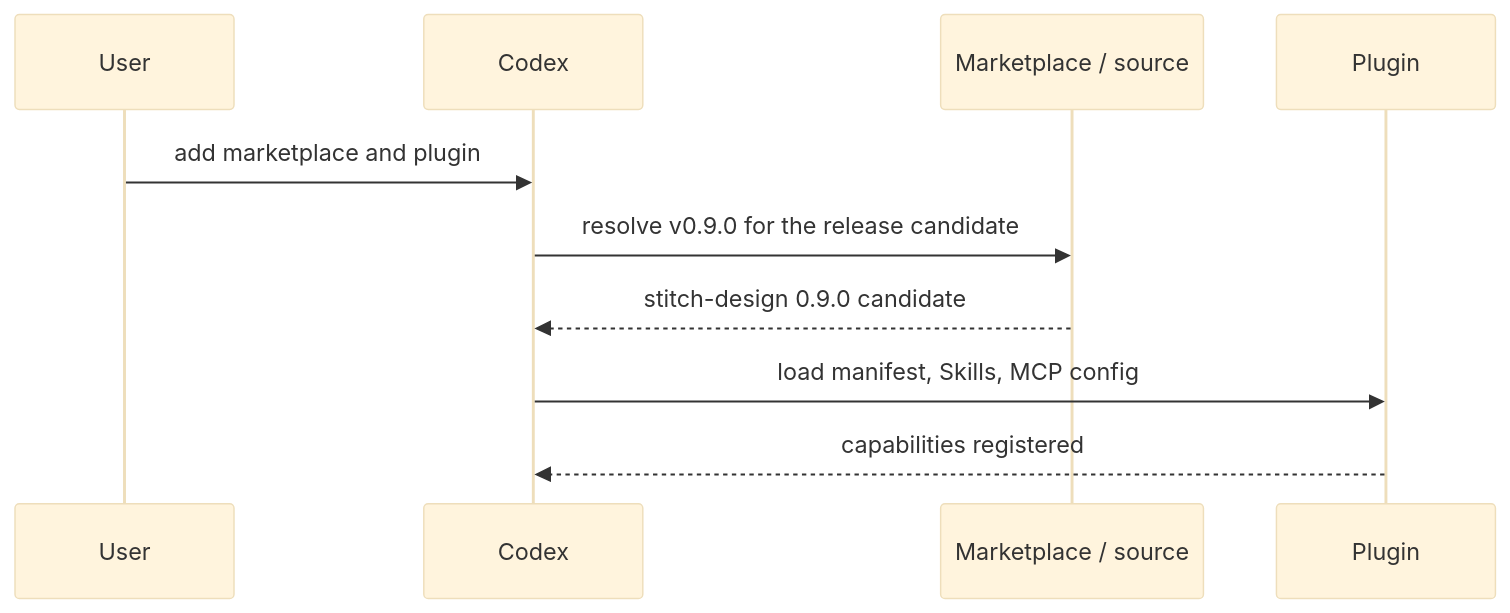
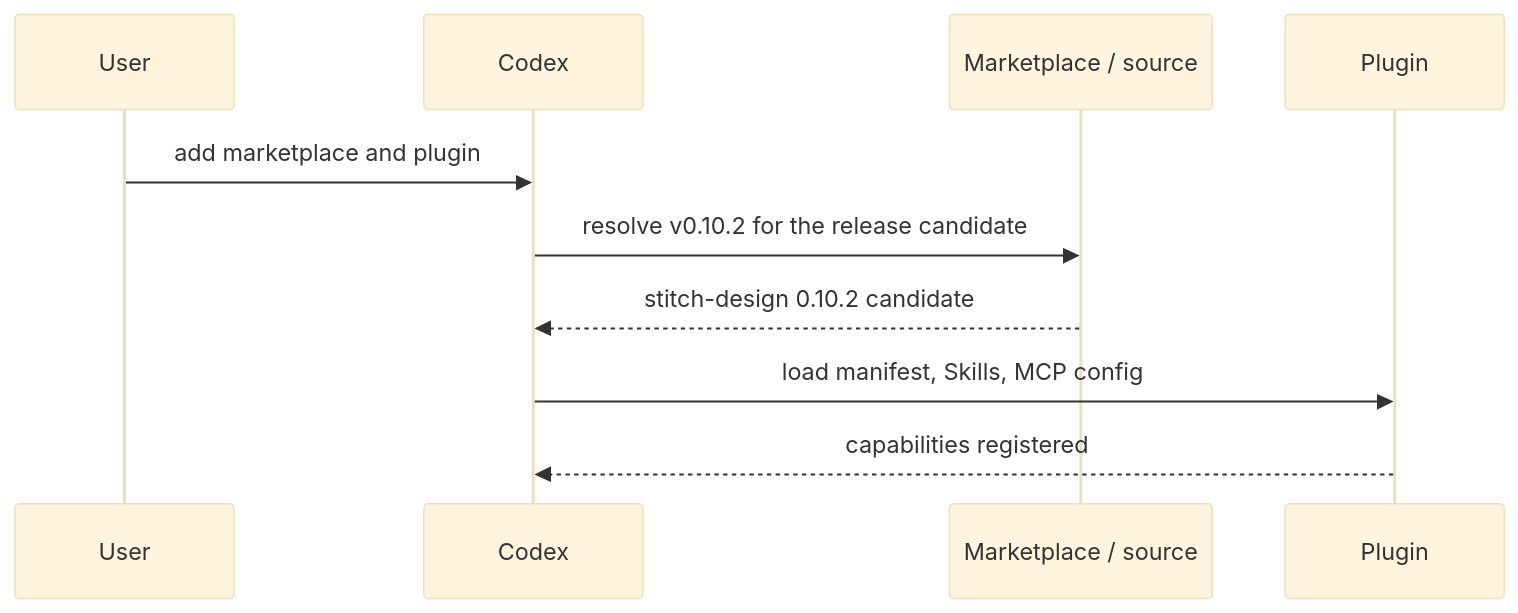
The seventh of 11 diagrams in docs/Stitch-Design-Architecture.md (full-stack-plugins/stitch-design-plugin), drawn with Mermaid (base theme) before and after one commit. The commit also changed other lines of this file and 17 other files, not shown here.

````diff
--- a/docs/Stitch-Design-Architecture.md
+++ b/docs/Stitch-Design-Architecture.md
@@ -175,12 +175,12 @@
 ```mermaid
 sequenceDiagram
     participant U as User
     participant C as Codex
     participant M as Marketplace / source
     participant P as Plugin
     U->>C: add marketplace and plugin
-    C->>M: resolve v0.9.0 for the release candidate
-    M-->>C: stitch-design 0.9.0 candidate
+    C->>M: resolve v0.10.2 for the release candidate
+    M-->>C: stitch-design 0.10.2 candidate
     C->>P: load manifest, Skills, MCP config
     P-->>C: capabilities registered
 ```
````
